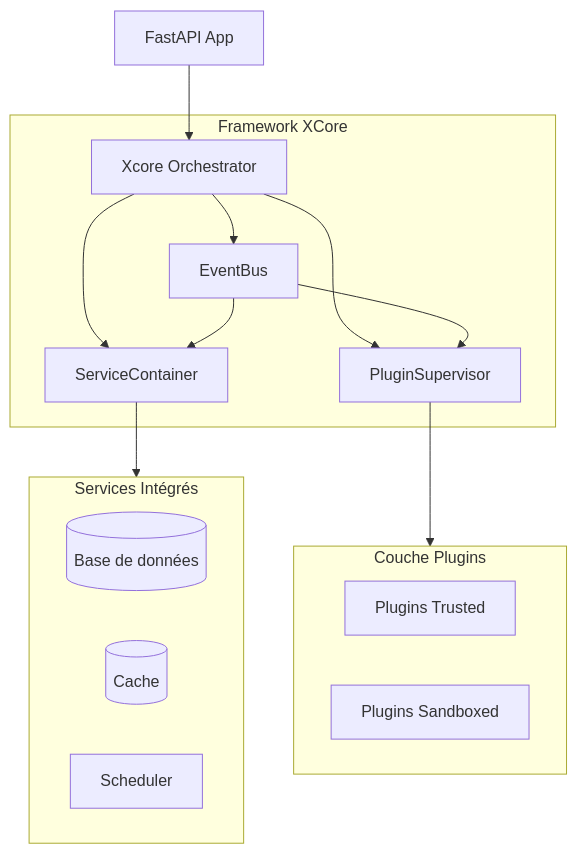
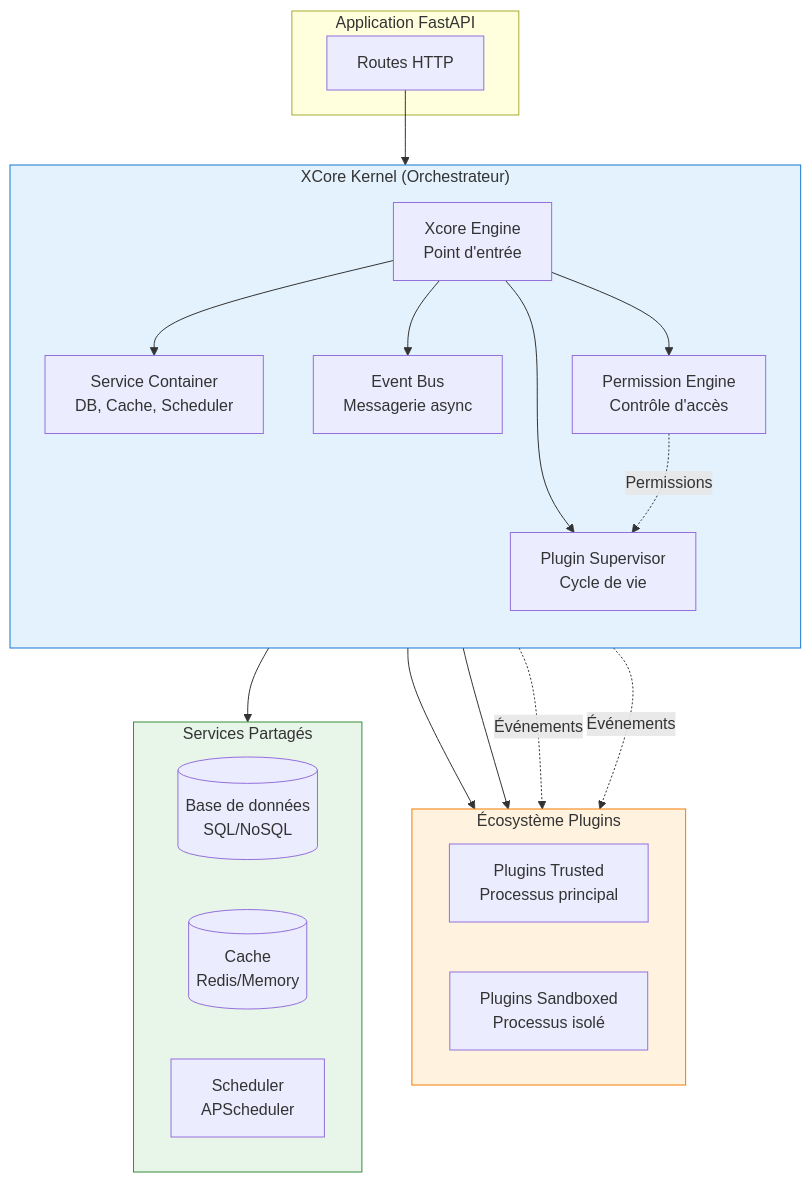
The second of 5 diagrams in doc/index.md (traoreera/xcore), drawn with Mermaid before and after one commit. The commit also changed other lines of this file and 92 other files, not shown here.

````diff
--- a/doc/index.md
+++ b/doc/index.md
@@ -41,30 +67,45 @@
 ```mermaid
-graph TB
-    subgraph XCore["Framework XCore"]
-        X[Xcore Orchestrator]
-        SC[ServiceContainer]
-        PS[PluginSupervisor]
-        EB[EventBus]
+flowchart TB
+    subgraph App["Application FastAPI"]
+        FA[Routes HTTP]
     end
 
-    subgraph Services["Services Intégrés"]
-        DB[(Base de données)]
-        CACHE[(Cache)]
-        SCHED[Scheduler]
+    subgraph Kernel["XCore Kernel (Orchestrateur)"]
+        direction TB
+        X[Xcore Engine<br/>Point d'entrée]
+        SC[Service Container<br/>DB, Cache, Scheduler]
+        PS[Plugin Supervisor<br/>Cycle de vie]
+        EB[Event Bus<br/>Messagerie async]
+        PE[Permission Engine<br/>Contrôle d'accès]
     end
 
-    subgraph Plugins["Couche Plugins"]
-        T[Plugins Trusted]
-        S[Plugins Sandboxed]
+    subgraph Plugins["Écosystème Plugins"]
+        direction LR
+        TP[Plugins Trusted<br/>Processus principal]
+        SP[Plugins Sandboxed<br/>Processus isolé]
     end
 
+    subgraph Services["Services Partagés"]
+        DB[(Base de données<br/>SQL/NoSQL)]
+        CACHE[(Cache<br/>Redis/Memory)]
+        SCHED[Scheduler<br/>APScheduler]
+    end
+
+    FA --> X
     X --> SC
     X --> PS
     X --> EB
+    X --> PE
+    
     SC --> Services
-    PS --> Plugins
-    EB --> PS
-    EB --> SC
-
-    FA[FastAPI App] --> X
+    PS --> TP
+    PS --> SP
+    
+    EB -.->|Événements| TP
+    EB -.->|Événements| SP
+    PE -.->|Permissions| PS
+    
+    style Kernel fill:#E3F2FD,stroke:#1976D2
+    style Plugins fill:#FFF3E0,stroke:#F57C00
+    style Services fill:#E8F5E9,stroke:#388E3C
 ```
````
